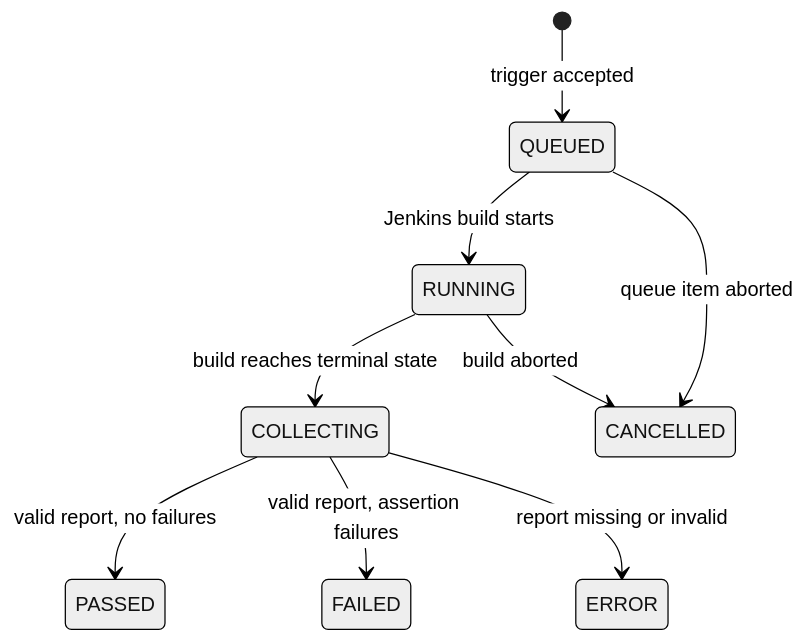
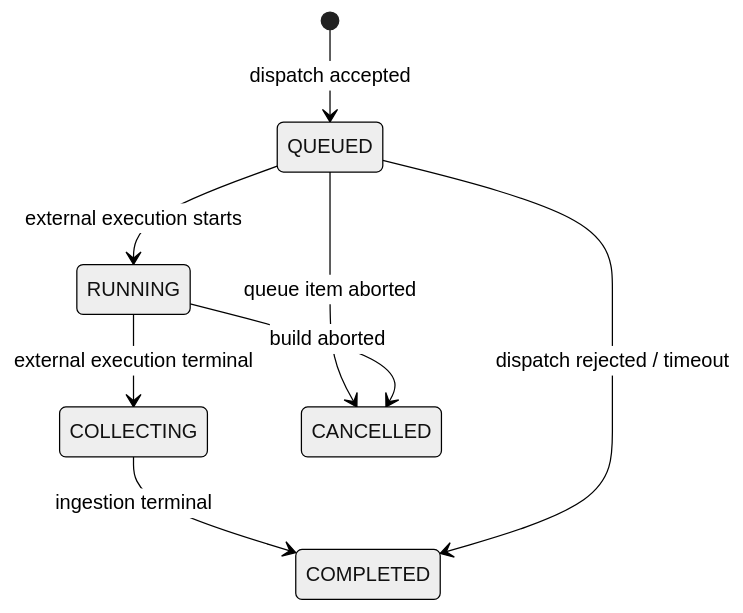
The second of 2 diagrams in docs/design/test-results-workspaces.md (blantonsbourbon/test-desk), drawn with Mermaid (neutral theme) before and after one commit. The commit also changed other lines of this file and 14 other files, not shown here.

Commit message:
docs: update test result architecture and workspaces

````diff
--- a/docs/design/test-results-workspaces.md
+++ b/docs/design/test-results-workspaces.md
@@ -66,11 +113,10 @@
 ```mermaid
 stateDiagram-v2
-    [*] --> QUEUED: trigger accepted
-    QUEUED --> RUNNING: Jenkins build starts
-    RUNNING --> COLLECTING: build reaches terminal state
-    COLLECTING --> PASSED: valid report, no failures
-    COLLECTING --> FAILED: valid report, assertion failures
-    COLLECTING --> ERROR: report missing or invalid
+    [*] --> QUEUED: dispatch accepted
+    QUEUED --> RUNNING: external execution starts
+    RUNNING --> COLLECTING: external execution terminal
+    COLLECTING --> COMPLETED: ingestion terminal
+    QUEUED --> COMPLETED: dispatch rejected / timeout
     QUEUED --> CANCELLED: queue item aborted
     RUNNING --> CANCELLED: build aborted
 ```
````
